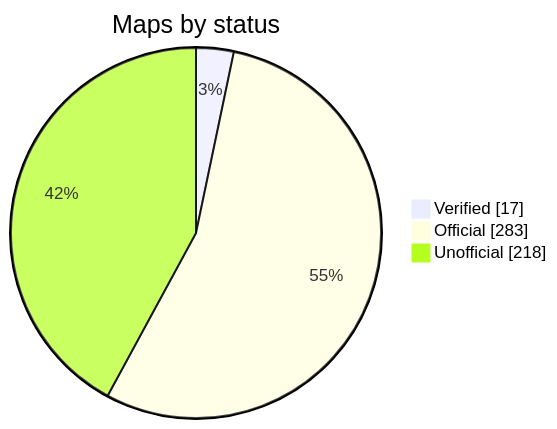
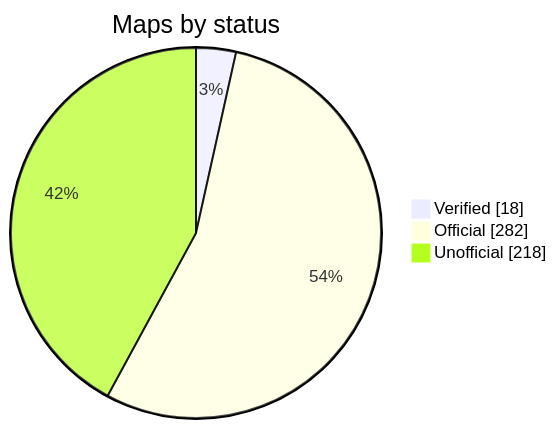
The diagram in README.md (nobrega8/mbmap-library), drawn with Mermaid before and after one commit. The commit also changed 5 other files, not shown here.

````diff
--- a/README.md
+++ b/README.md
@@ -52,7 +52,7 @@
 ```mermaid
 pie showData
     title Maps by status
-    "Verified" : 17
-    "Official" : 283
+    "Verified" : 18
+    "Official" : 282
     "Unofficial" : 218
 ```
````
